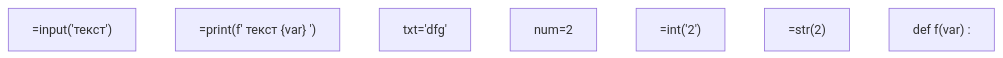
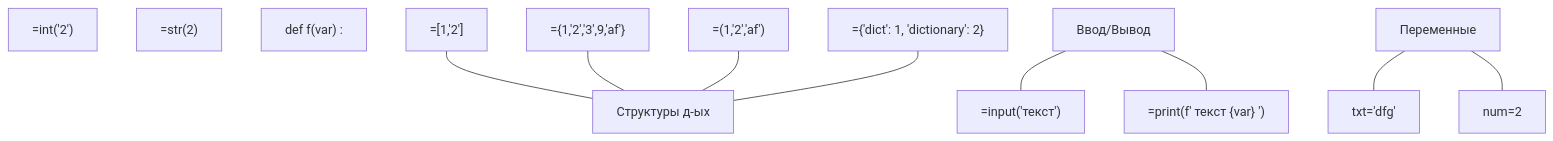
Before and after one commit to lictpu/help: the diagram in mermaid classes.md, drawn with Mermaid.

Commit message:
Update mermaid classes.md

````diff
--- a/mermaid classes.md
+++ b/mermaid classes.md
@@ -1,10 +1,19 @@
 ```mermaid
 flowchart TD
+
 a["=input('текст')"]
 b["=print(f' текст {var} ')"]
 c["txt='dfg'"]
 d["num=2"]
 e["=int('2')"]
 f["=str(2)"]
 g["def f(var) : "]
+aa["=[1,'2']"]
+bb["={1,'2','3',9,'af'}"]
+cc["=(1,'2','af')"]
+dd["={'dict': 1, 'dictionary': 2}"]
+aa & bb & cc & dd --- t1[Структуры д-ых]
+t2[Ввод/Вывод]---a & b
+t3[Переменные]---c & d
+
 ```
````
